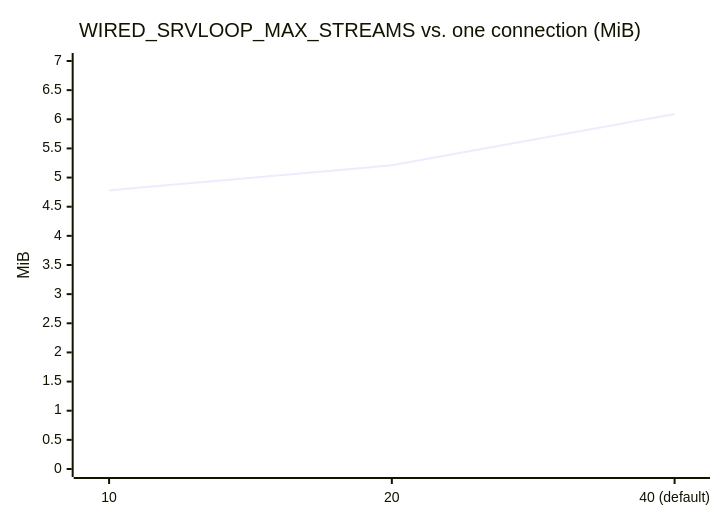
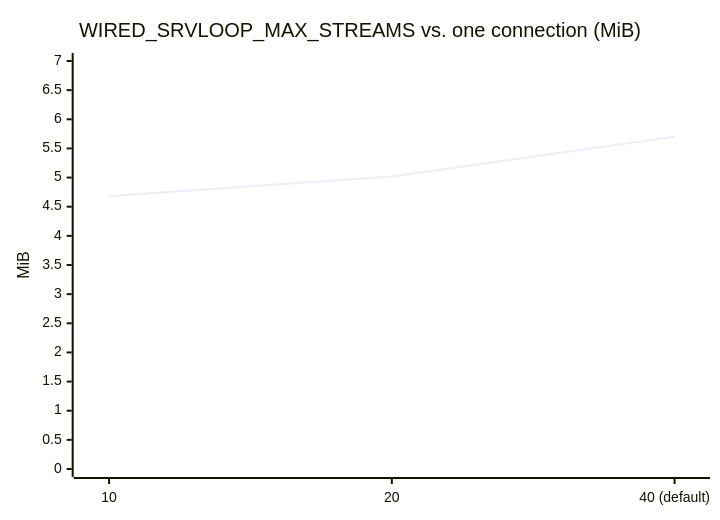
Before and after one commit to Hakkadaikon/wired: the fifth of 9 diagrams in docs/arch/memory.md, drawn with Mermaid. The commit also changed other lines of this file and 17 other files, not shown here.

````diff
--- a/docs/arch/memory.md
+++ b/docs/arch/memory.md
@@ -125,7 +131,7 @@
 ```mermaid
 xychart-beta
     title "WIRED_SRVLOOP_MAX_STREAMS vs. one connection (MiB)"
     x-axis ["10", "20", "40 (default)"]
     y-axis "MiB" 0 --> 7
-    line [4.78, 5.21, 6.09]
+    line [4.68, 5.02, 5.70]
 ```
````
